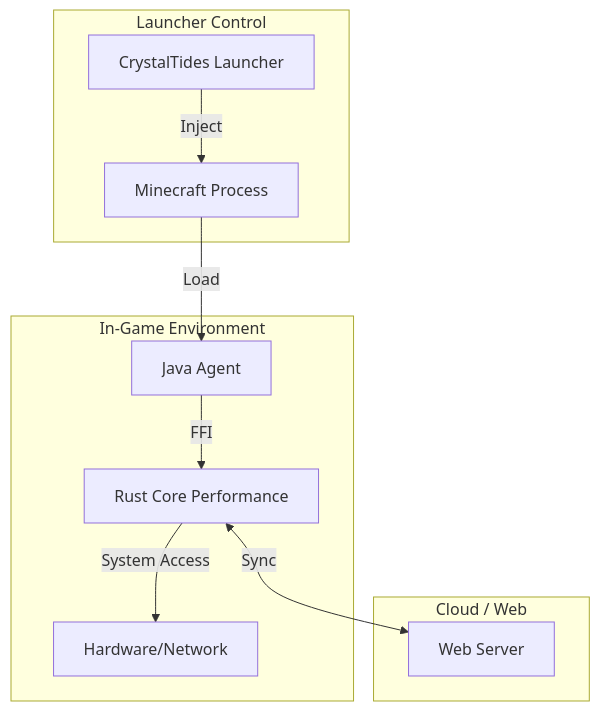
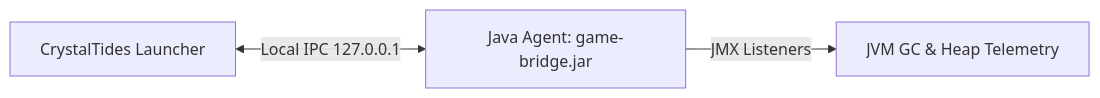
One commit to UltraXn/crystal-agent changed the diagram in README.md. Above: the diagram before and after it, drawn with Mermaid. The commit also changed other lines of this file and 16 other files, not shown here.

Commit message:
feat(agent): sincronizar ipc client, telemetry y tests desde monorepo

````diff
--- a/README.md
+++ b/README.md
@@ -27,16 +30,5 @@
 ```mermaid
-graph TD
-    subgraph "Launcher Control"
-        L[CrystalTides Launcher] -->|Inject| MC[Minecraft Process]
-    end
-
-    subgraph "In-Game Environment"
-        MC -->|Load| JA[Java Agent]
-        JA -->|FFI| RC[Rust Core Performance]
-        RC -->|System Access| HW[Hardware/Network]
-    end
-
-    subgraph "Cloud / Web"
-        RC <-->|Sync| WS[Web Server]
-    end
+graph LR
+    L[CrystalTides Launcher] <-->|Local IPC 127.0.0.1| JA[Java Agent: game-bridge.jar]
+    JA -->|JMX Listeners| JVM[JVM GC & Heap Telemetry]
 ```
````
